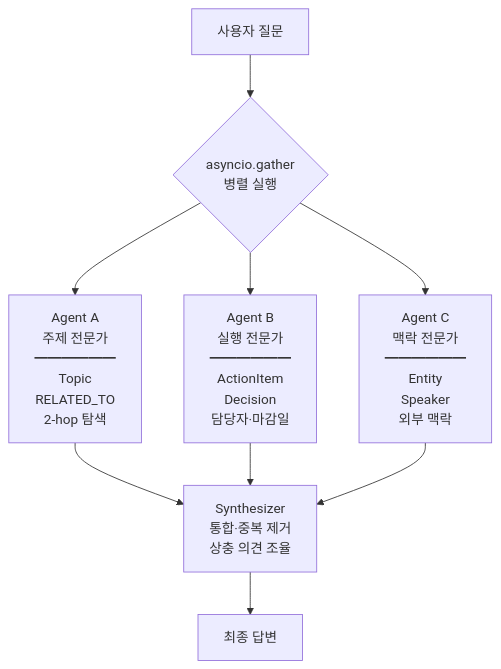
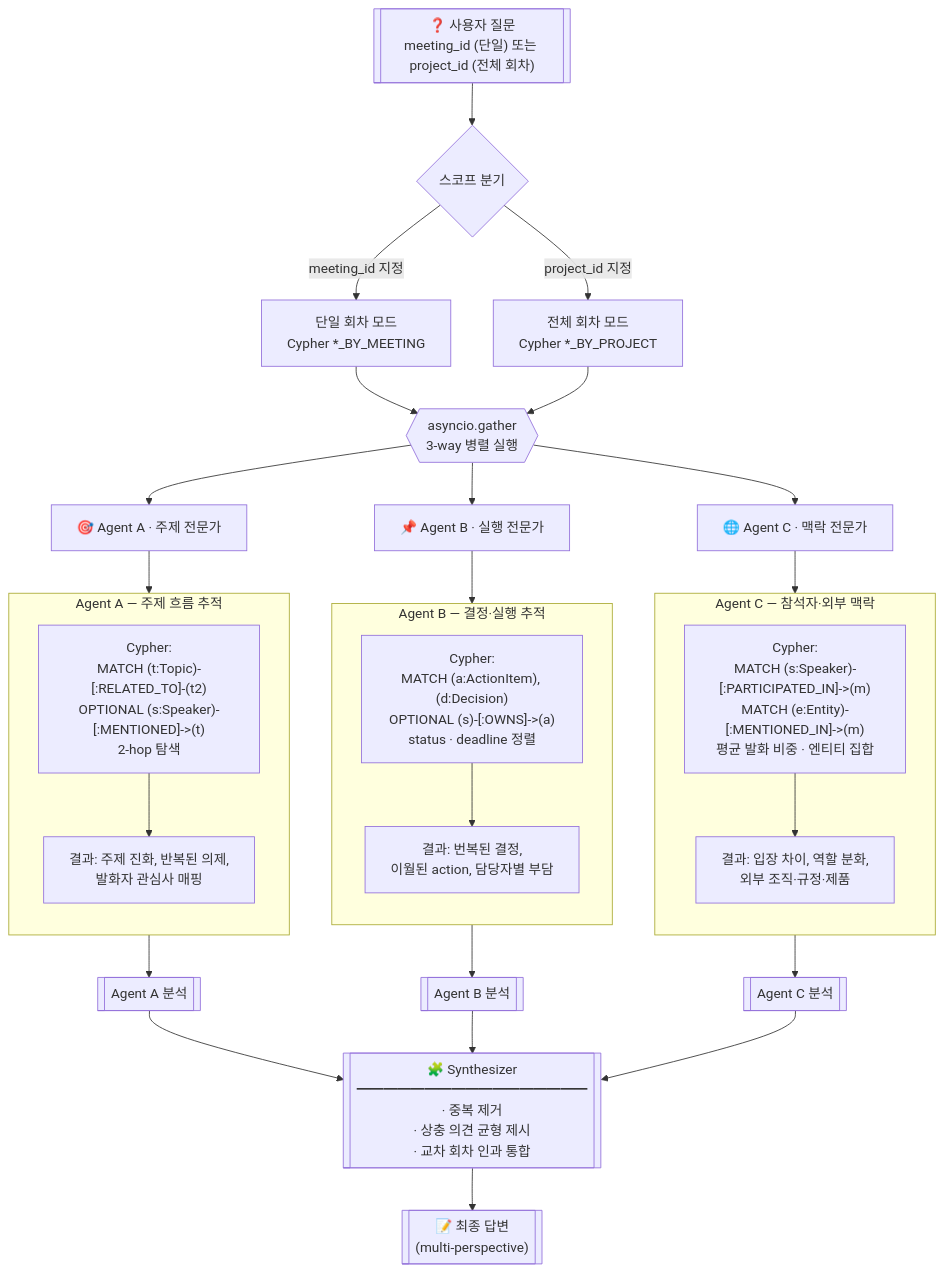
The second of 3 diagrams in README.md (tkddnjs-dlqslek/meeting-summarizer-graphrag), drawn with Mermaid before and after one commit. The commit also changed other lines of this file and 1 other file, not shown here.

````diff
--- a/README.md
+++ b/README.md
@@ -70,11 +108,48 @@
 ```mermaid
 flowchart TB
-    Q[사용자 질문] --> GATHER{asyncio.gather<br/>병렬 실행}
-    GATHER --> A[Agent A<br/>주제 전문가<br/>━━━━━━<br/>Topic<br/>RELATED_TO<br/>2-hop 탐색]
-    GATHER --> B[Agent B<br/>실행 전문가<br/>━━━━━━<br/>ActionItem<br/>Decision<br/>담당자·마감일]
-    GATHER --> C[Agent C<br/>맥락 전문가<br/>━━━━━━<br/>Entity<br/>Speaker<br/>외부 맥락]
-    A --> SYN[Synthesizer<br/>통합·중복 제거<br/>상충 의견 조율]
-    B --> SYN
-    C --> SYN
-    SYN --> FINAL[최종 답변]
+    Q[["❓ 사용자 질문<br/>meeting_id (단일) 또는 project_id (전체 회차)"]]
+    Q --> ROUTE{"스코프 분기"}
+
+    ROUTE -->|meeting_id 지정| SINGLE["단일 회차 모드<br/>Cypher *_BY_MEETING"]
+    ROUTE -->|project_id 지정| CROSS["전체 회차 모드<br/>Cypher *_BY_PROJECT"]
+
+    SINGLE --> GATHER
+    CROSS --> GATHER
+
+    GATHER{{"asyncio.gather<br/>3-way 병렬 실행"}}
+
+    GATHER --> A["🎯 Agent A · 주제 전문가"]
+    GATHER --> B["📌 Agent B · 실행 전문가"]
+    GATHER --> C["🌐 Agent C · 맥락 전문가"]
+
+    subgraph CYA["Agent A — 주제 흐름 추적"]
+        direction TB
+        QA_Q["Cypher:<br/>MATCH (t:Topic)-[:RELATED_TO]-(t2)<br/>OPTIONAL (s:Speaker)-[:MENTIONED]->(t)<br/>2-hop 탐색"]
+        QA_R["결과: 주제 진화, 반복된 의제,<br/>발화자 관심사 매핑"]
+        QA_Q --> QA_R
+    end
+
+    subgraph CYB["Agent B — 결정·실행 추적"]
+        direction TB
+        QB_Q["Cypher:<br/>MATCH (a:ActionItem), (d:Decision)<br/>OPTIONAL (s)-[:OWNS]->(a)<br/>status · deadline 정렬"]
+        QB_R["결과: 번복된 결정,<br/>이월된 action, 담당자별 부담"]
+        QB_Q --> QB_R
+    end
+
+    subgraph CYC["Agent C — 참석자·외부 맥락"]
+        direction TB
+        QC_Q["Cypher:<br/>MATCH (s:Speaker)-[:PARTICIPATED_IN]->(m)<br/>MATCH (e:Entity)-[:MENTIONED_IN]->(m)<br/>평균 발화 비중 · 엔티티 집합"]
+        QC_R["결과: 입장 차이, 역할 분화,<br/>외부 조직·규정·제품"]
+        QC_Q --> QC_R
+    end
+
+    A --> CYA --> ANS_A[["Agent A 분석"]]
+    B --> CYB --> ANS_B[["Agent B 분석"]]
+    C --> CYC --> ANS_C[["Agent C 분석"]]
+
+    ANS_A --> SYN[["🧩 Synthesizer<br/>━━━━━━━━━━━━━━━━━<br/>· 중복 제거<br/>· 상충 의견 균형 제시<br/>· 교차 회차 인과 통합"]]
+    ANS_B --> SYN
+    ANS_C --> SYN
+
+    SYN --> FINAL[["📝 최종 답변<br/>(multi-perspective)"]]
 ```
````
